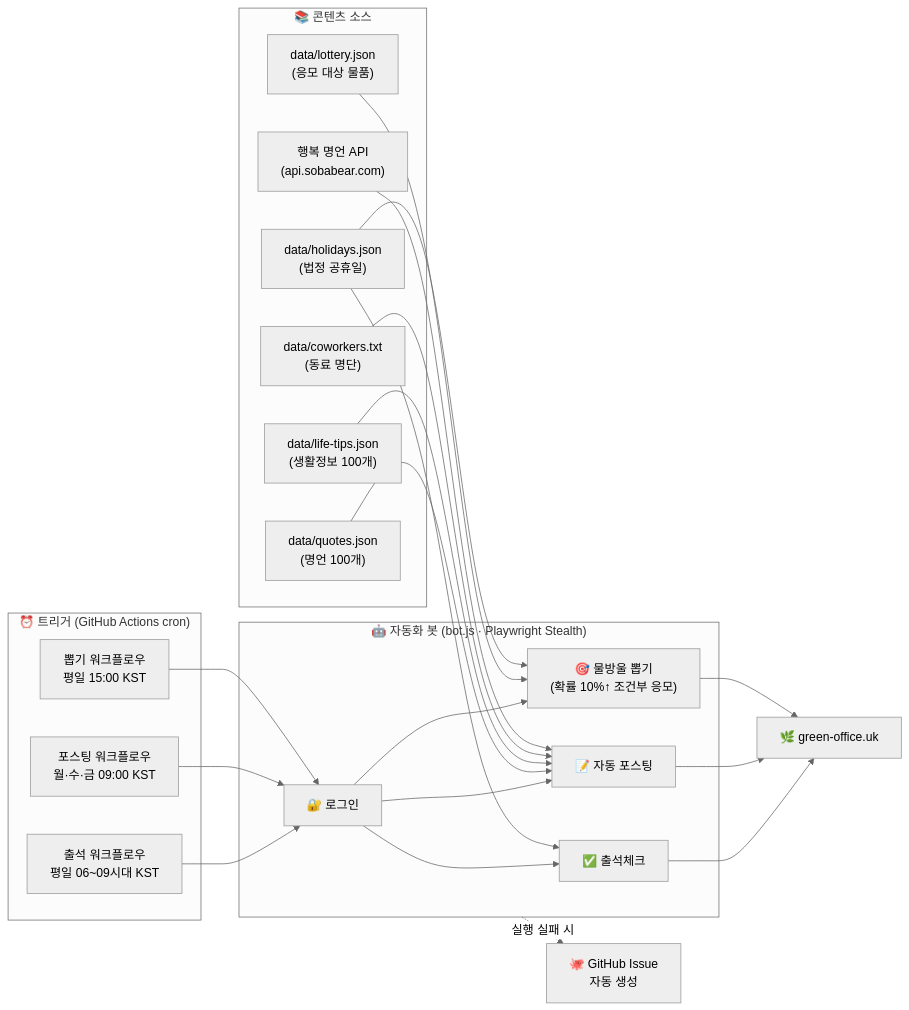
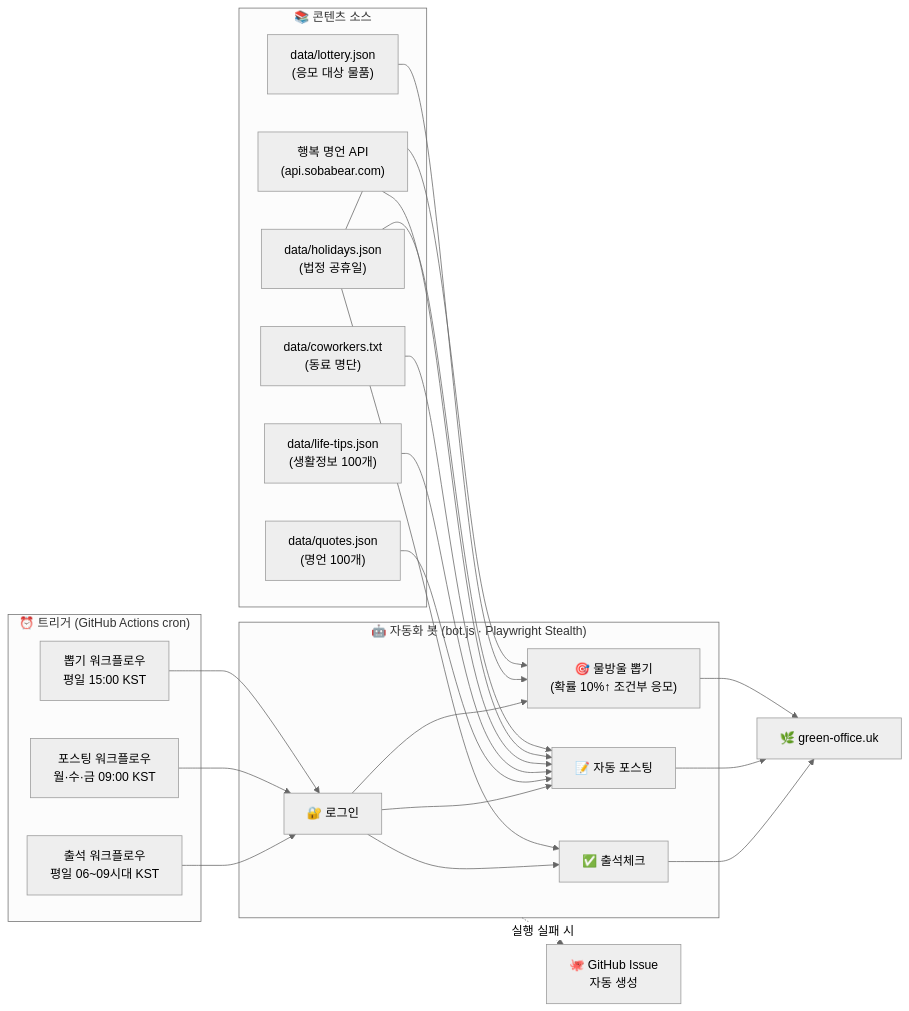
One commit to leemgs/green-office-agent changed the first of 3 diagrams in README.md. Above: the diagram before and after it, drawn with Mermaid (neutral theme). The commit also changed other lines of this file and 6 other files, not shown here.

````diff
--- a/README.md
+++ b/README.md
@@ -11,45 +11,46 @@
 ```mermaid
 flowchart LR
     subgraph TRIGGER["⏰ 트리거 (GitHub Actions cron)"]
         A1["출석 워크플로우<br/>평일 06~09시대 KST"]
         A2["포스팅 워크플로우<br/>월·수·금 09:00 KST"]
         A3["뽑기 워크플로우<br/>평일 15:00 KST"]
     end
 
     subgraph SRC["📚 콘텐츠 소스"]
         Q["data/quotes.json<br/>(명언 100개)"]
         L["data/life-tips.json<br/>(생활정보 100개)"]
         C["data/coworkers.txt<br/>(동료 명단)"]
         LOT["data/lottery.json<br/>(응모 대상 물품)"]
         HOL["data/holidays.json<br/>(법정 공휴일)"]
         API["행복 명언 API<br/>(api.sobabear.com)"]
     end
 
     subgraph BOT["🤖 자동화 봇 (bot.js · Playwright Stealth)"]
         LOGIN["🔐 로그인"]
         ATT["✅ 출석체크"]
         POST["📝 자동 포스팅"]
         LOTTERY["🎯 물방울 뽑기<br/>(확률 10%↑ 조건부 응모)"]
         LOGIN --> ATT
         LOGIN --> POST
         LOGIN --> LOTTERY
     end
 
     SITE["🌿 green-office.uk"]
     ISSUE["🐙 GitHub Issue<br/>자동 생성"]
 
     A1 --> LOGIN
     A2 --> LOGIN
     A3 --> LOGIN
     Q --> POST
     L --> POST
     C --> POST
     API --> POST
     LOT --> LOTTERY
     HOL --> ATT
     HOL --> LOTTERY
+    HOL --> POST
     ATT --> SITE
     POST --> SITE
     LOTTERY --> SITE
     BOT -. 실행 실패 시 .-> ISSUE
 ```
````
